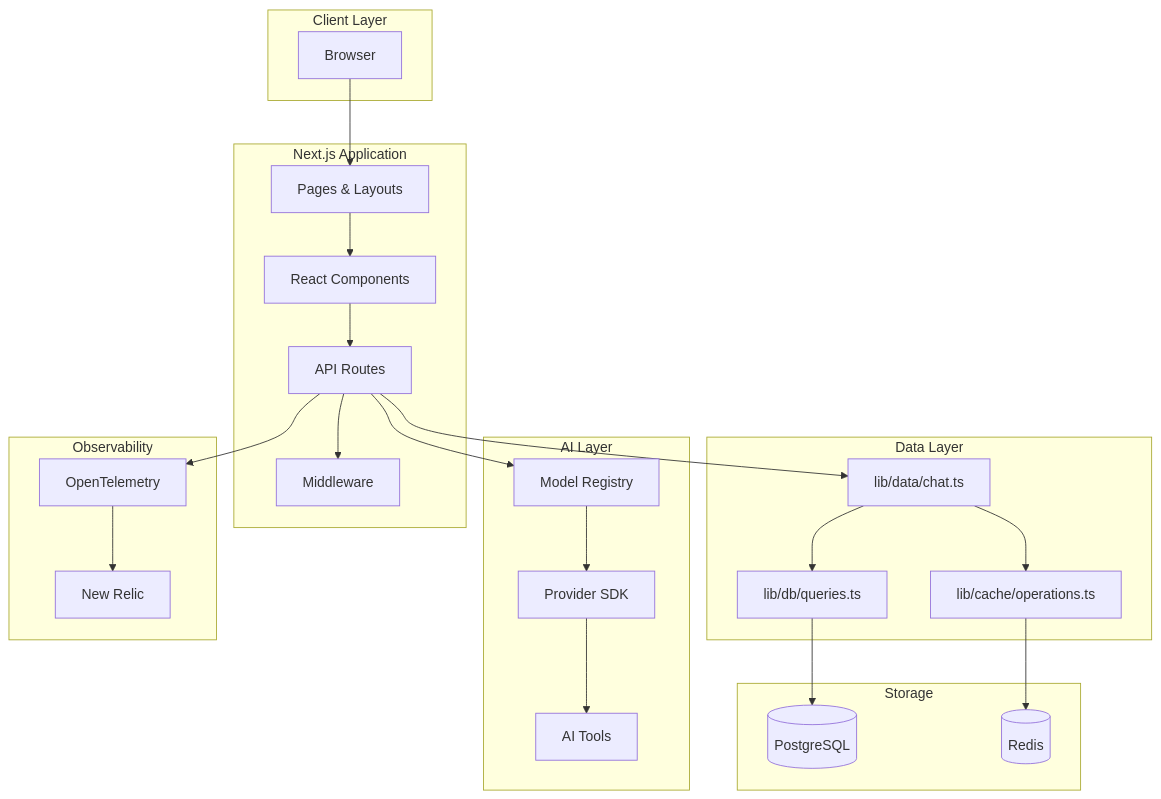
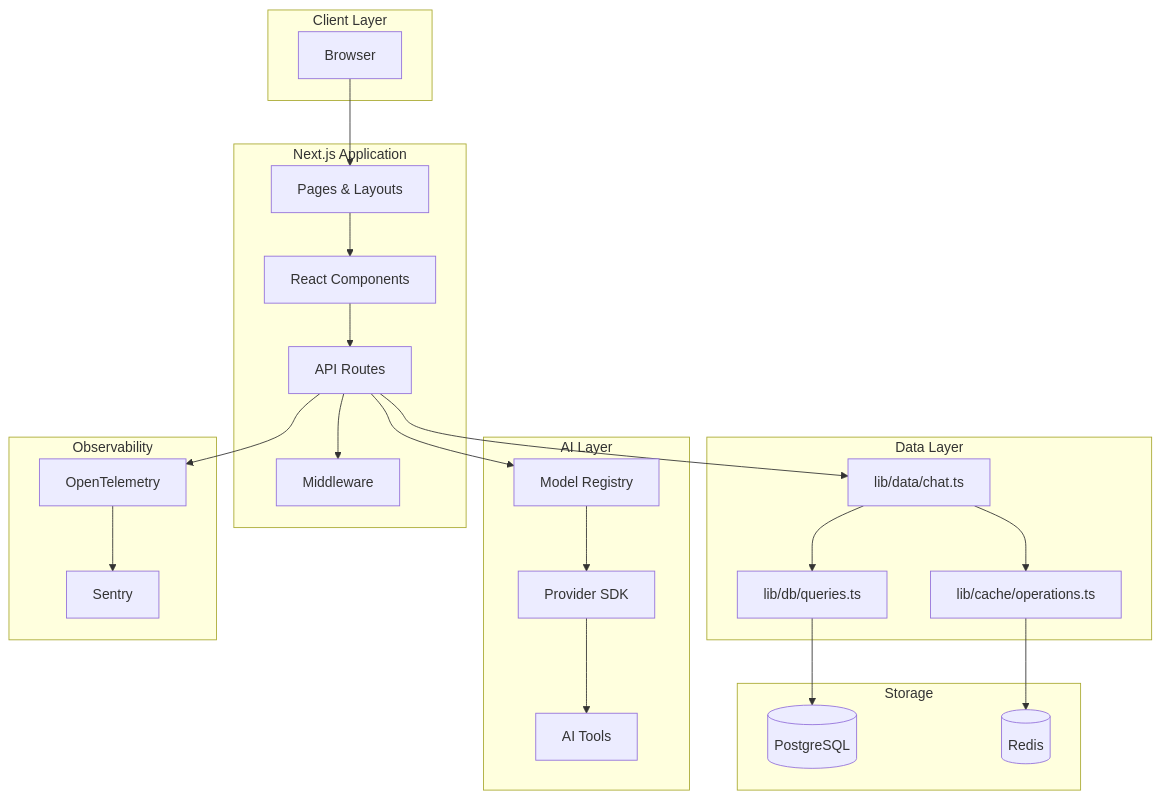
The first of 2 diagrams in docs/architecture.md (NICxKMS/nextjs-ai-chatbot), drawn with Mermaid before and after one commit. The commit also changed 107 other files, not shown here.

````diff
--- a/docs/architecture.md
+++ b/docs/architecture.md
@@ -7,50 +7,50 @@
 ```mermaid
 graph TB
     subgraph Client["Client Layer"]
         Browser[Browser]
     end
 
     subgraph NextJS["Next.js Application"]
         Pages[Pages & Layouts]
         Components[React Components]
         API[API Routes]
         MW[Middleware]
     end
 
     subgraph DataLayer["Data Layer"]
         ChatData[lib/data/chat.ts]
         CacheOps[lib/cache/operations.ts]
         DBQueries[lib/db/queries.ts]
     end
 
     subgraph AI["AI Layer"]
         Registry[Model Registry]
         Providers[Provider SDK]
         Tools[AI Tools]
     end
 
     subgraph Storage["Storage"]
         Postgres[(PostgreSQL)]
         Redis[(Redis)]
     end
 
     subgraph Monitoring["Observability"]
-        NewRelic[New Relic]
+        Sentry[Sentry]
         OTEL[OpenTelemetry]
     end
 
     Browser --> Pages
     Pages --> Components
     Components --> API
     API --> MW
     API --> ChatData
     ChatData --> CacheOps
     ChatData --> DBQueries
     CacheOps --> Redis
     DBQueries --> Postgres
     API --> Registry
     Registry --> Providers
     Providers --> Tools
     API --> OTEL
-    OTEL --> NewRelic
+    OTEL --> Sentry
 ```
````
